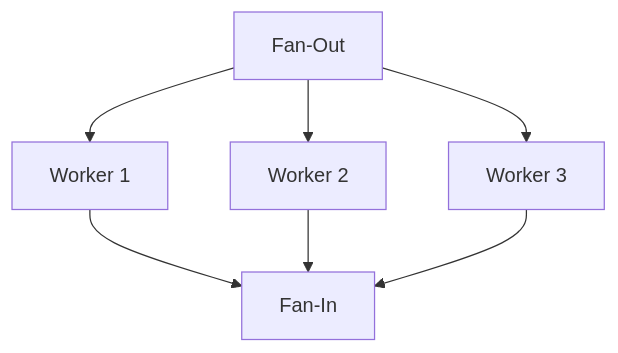
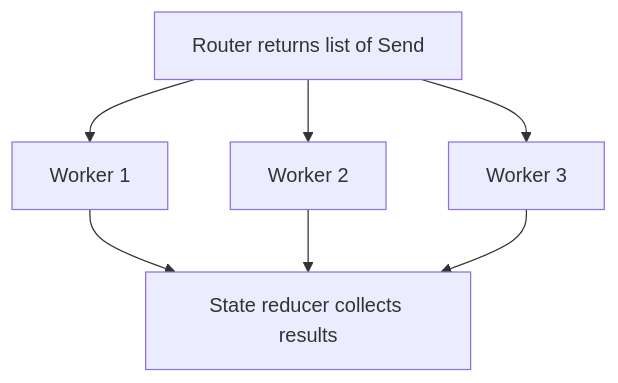
The second of 2 diagrams in docs/pipeline.md (fireflyframework/fireflyframework-agentic), drawn with Mermaid before and after one commit. The commit also changed other lines of this file and 49 other files, not shown here.

Commit message:
Align diagrams and guides with framework behavior

````diff
--- a/docs/pipeline.md
+++ b/docs/pipeline.md
@@ -484,9 +488,9 @@
 ```mermaid
 graph TD
-    SPLIT[Fan-Out] --> W1[Worker 1]
+    SPLIT["Router returns list of Send"] --> W1[Worker 1]
     SPLIT --> W2[Worker 2]
     SPLIT --> W3[Worker 3]
-    W1 --> MERGE[Fan-In]
+    W1 --> MERGE["State reducer collects results"]
     W2 --> MERGE
     W3 --> MERGE
 ```
````
